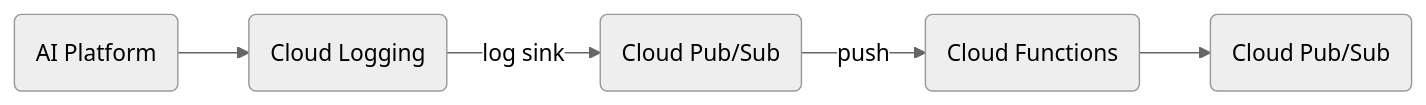
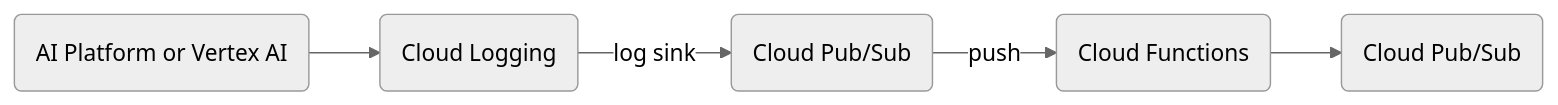
One commit to sfujiwara/terraform-google-ai-platform-notification changed the diagram in README.md. Above: the diagram before and after it, drawn with Mermaid (neutral theme). The commit also changed other lines of this file and 4 other files, not shown here.

````diff
--- a/README.md
+++ b/README.md
@@ -16,7 +16,7 @@
 ```mermaid
 flowchart LR
-  aiplatform(AI Platform) --> logging(Cloud Logging)
+  ai(AI Platform or Vertex AI) --> logging(Cloud Logging)
   logging -- log sink --> pubsub1(Cloud Pub/Sub)
   pubsub1 -- push --> functions(Cloud Functions)
   functions --> pubsub2(Cloud Pub/Sub)
 ```
````
